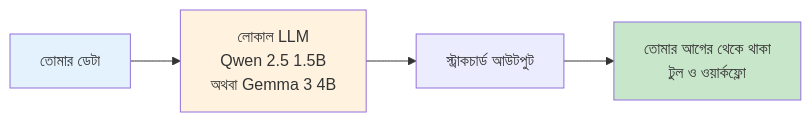
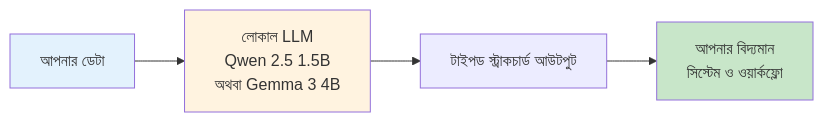
Before and after one commit to aiwithr/ai_llm: the diagram in docs/bangla/index.md, drawn with Mermaid. The commit also changed other lines of this file and 27 other files, not shown here.

````diff
--- a/docs/bangla/index.md
+++ b/docs/bangla/index.md
@@ -69,10 +75,10 @@
 ```mermaid
 flowchart LR
-    A[তোমার ডেটা] --> B[লোকাল LLM<br/>Qwen 2.5 1.5B<br/>অথবা Gemma 3 4B]
-    B --> C[স্ট্রাকচার্ড আউটপুট]
-    C --> D[তোমার আগের থেকে থাকা<br/>টুল ও ওয়ার্কফ্লো]
+    A[আপনার ডেটা] --> B[লোকাল LLM<br/>Qwen 2.5 1.5B<br/>অথবা Gemma 3 4B]
+    B --> C[টাইপড স্ট্রাকচার্ড আউটপুট]
+    C --> D[আপনার বিদ্যমান<br/>সিস্টেম ও ওয়ার্কফ্লো]
 
     style A fill:#e3f2fd
     style B fill:#fff3e0
     style D fill:#c8e6c9
 ```
````
